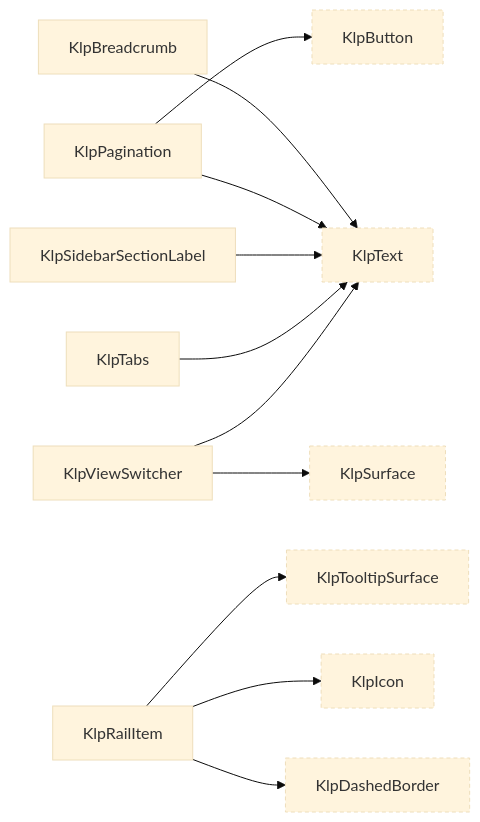
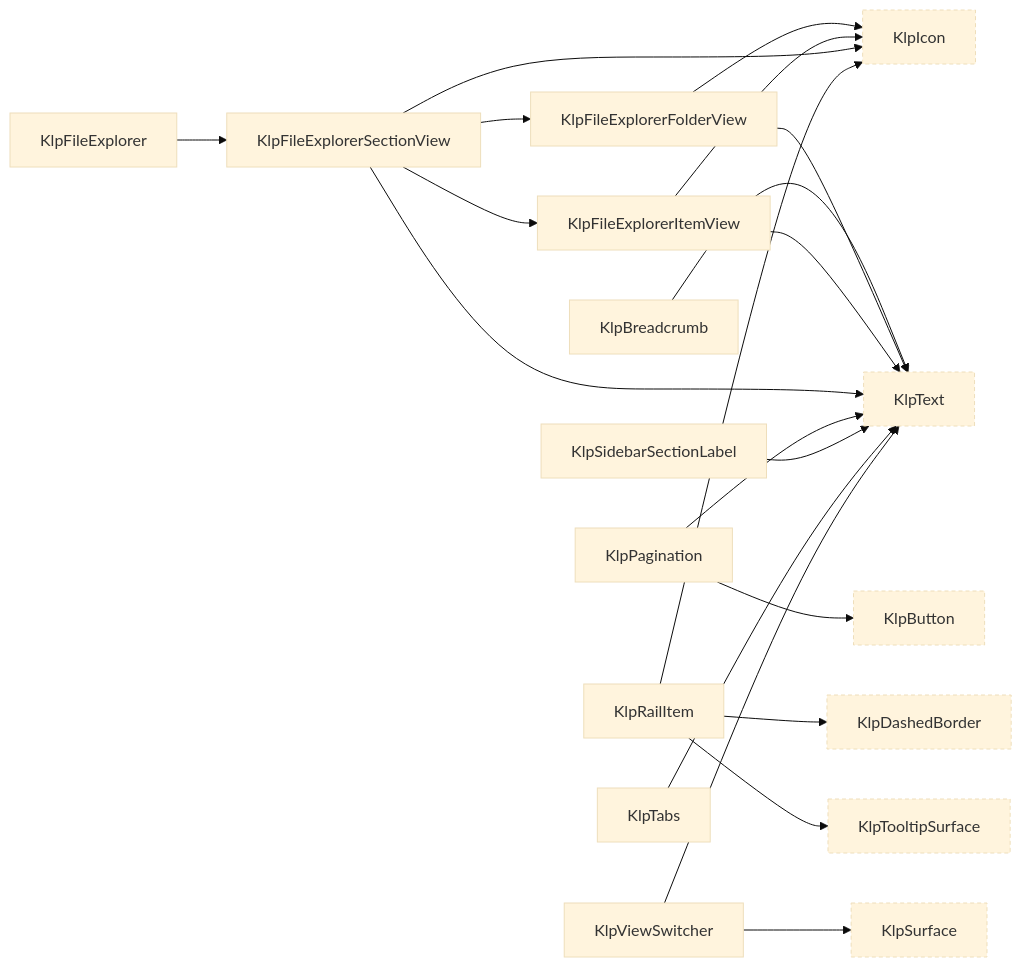
Before and after one commit to MiuDog/Kallopis: diagram 12 of 16 in spec/component-inventory.md, drawn with Mermaid (base theme). The commit also changed other lines of this file and 195 other files, not shown here.

````diff
--- a/spec/component-inventory.md
+++ b/spec/component-inventory.md
@@ -826,26 +848,39 @@
 ```mermaid
 graph LR
   KlpBreadcrumb["KlpBreadcrumb"]
   KlpButton["KlpButton"]:::external
   KlpDashedBorder["KlpDashedBorder"]:::external
+  KlpFileExplorer["KlpFileExplorer"]
+  KlpFileExplorerFolderView["KlpFileExplorerFolderView"]
+  KlpFileExplorerItemView["KlpFileExplorerItemView"]
+  KlpFileExplorerSectionView["KlpFileExplorerSectionView"]
   KlpIcon["KlpIcon"]:::external
   KlpPagination["KlpPagination"]
   KlpRailItem["KlpRailItem"]
   KlpSidebarSectionLabel["KlpSidebarSectionLabel"]
   KlpSurface["KlpSurface"]:::external
   KlpTabs["KlpTabs"]
   KlpText["KlpText"]:::external
   KlpTooltipSurface["KlpTooltipSurface"]:::external
   KlpViewSwitcher["KlpViewSwitcher"]
   KlpBreadcrumb --> KlpText
+  KlpFileExplorerFolderView --> KlpIcon
+  KlpFileExplorerFolderView --> KlpText
+  KlpFileExplorerItemView --> KlpIcon
+  KlpFileExplorerItemView --> KlpText
+  KlpFileExplorerSectionView --> KlpFileExplorerFolderView
+  KlpFileExplorerSectionView --> KlpFileExplorerItemView
+  KlpFileExplorerSectionView --> KlpIcon
+  KlpFileExplorerSectionView --> KlpText
+  KlpFileExplorer --> KlpFileExplorerSectionView
   KlpPagination --> KlpButton
   KlpPagination --> KlpText
   KlpRailItem --> KlpDashedBorder
   KlpRailItem --> KlpIcon
   KlpRailItem --> KlpTooltipSurface
   KlpSidebarSectionLabel --> KlpText
   KlpTabs --> KlpText
   KlpViewSwitcher --> KlpSurface
   KlpViewSwitcher --> KlpText
   classDef external stroke-dasharray: 4 3;
 ```
````
